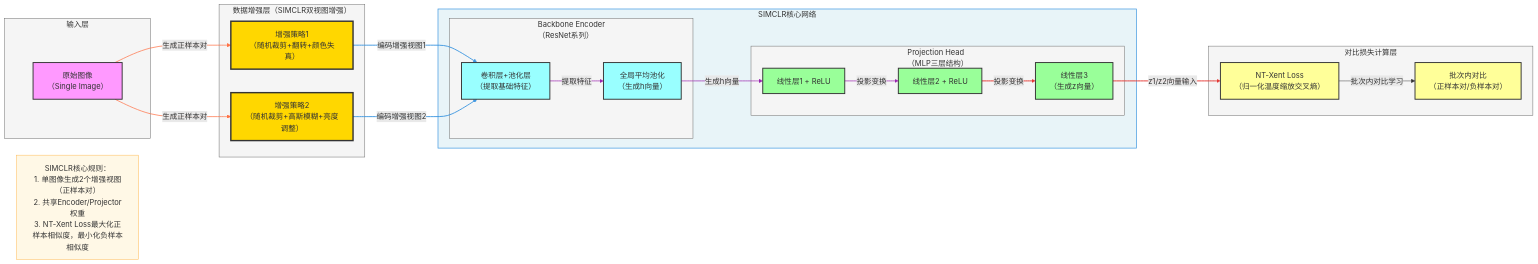
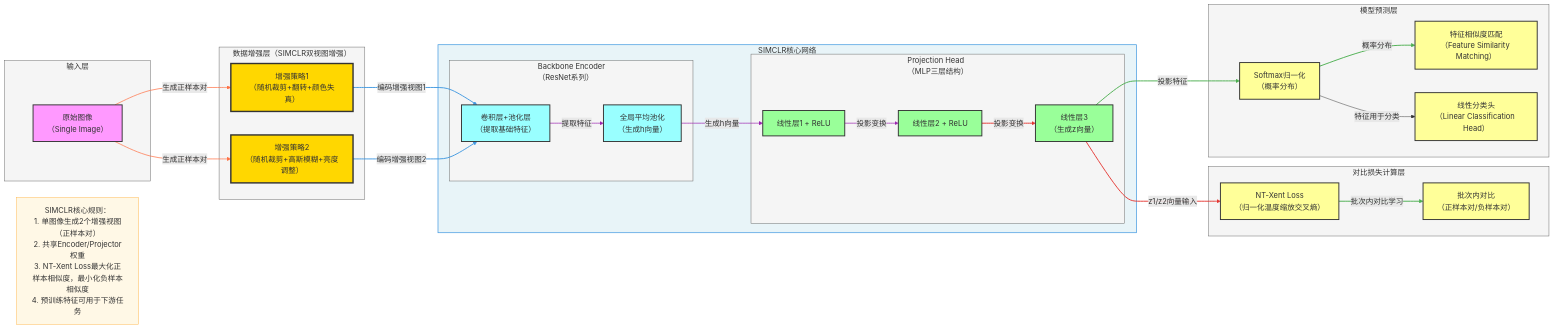
One commit to amuqiao/AI-Engineering-Knowledge-Base changed the first of 3 diagrams in CLIP/1.模型架构图.md. Above: the diagram before and after it, drawn with Mermaid. The commit also changed other lines of this file and 6 other files, not shown here.

````diff
--- a/CLIP/1.模型架构图.md
+++ b/CLIP/1.模型架构图.md
@@ -50,8 +49,16 @@
     end
     class lossLayer subgraphStyle
 
+    %% 5. 模型预测层
+    subgraph predLayer["模型预测层"]
+        K[Softmax归一化<br/>（概率分布）]:::lossStyle
+        L[特征相似度匹配<br/>（Feature Similarity Matching）]:::lossStyle
+        M[线性分类头<br/>（Linear Classification Head）]:::lossStyle
+    end
+    class predLayer subgraphStyle
+
     %% SIMCLR核心规则注释（避免歧义）
-    Note[SIMCLR核心规则：<br/>1. 单图像生成2个增强视图（正样本对）<br/>2. 共享Encoder/Projector权重<br/>3. NT-Xent Loss最大化正样本相似度，最小化负样本相似度]:::ruleNoteStyle
+    Note[SIMCLR核心规则：<br/>1. 单图像生成2个增强视图（正样本对）<br/>2. 共享Encoder/Projector权重<br/>3. NT-Xent Loss最大化正样本相似度，最小化负样本相似度<br/>4. 预训练特征可用于下游任务]:::ruleNoteStyle
 
     %% 核心流转逻辑（语义化标签，贴合SIMCLR术语）
     A -->|生成正样本对| B
@@ -71,9 +78,15 @@
     H -->|z1/z2向量输入| I
     I -->|批次内对比学习| J
 
-    %% 连接线统一样式（区分不同阶段：输入层橙色，编码层蓝色，损失层红色）
+    %% 模型预测流程
+    H -->|投影特征| K
+    K -->|概率分布| L
+    K -->|特征用于分类| M
+
+    %% 连接线统一样式（区分不同阶段：输入层橙色，编码层蓝色，损失层红色，预测绿色）
     linkStyle 0,1 stroke:#ff7043,stroke-width:1.5px,arrowheadStyle:filled
     linkStyle 2,3 stroke:#4299e1,stroke-width:2px,arrowheadStyle:filled
     linkStyle 4,5,6 stroke:#9c27b0,stroke-width:1.5px,arrowheadStyle:filled
     linkStyle 7,8 stroke:#e53935,stroke-width:2px,arrowheadStyle:filled
+    linkStyle 9,10,11 stroke:#4caf50,stroke-width:2px,arrowheadStyle:filled
 ```
````
